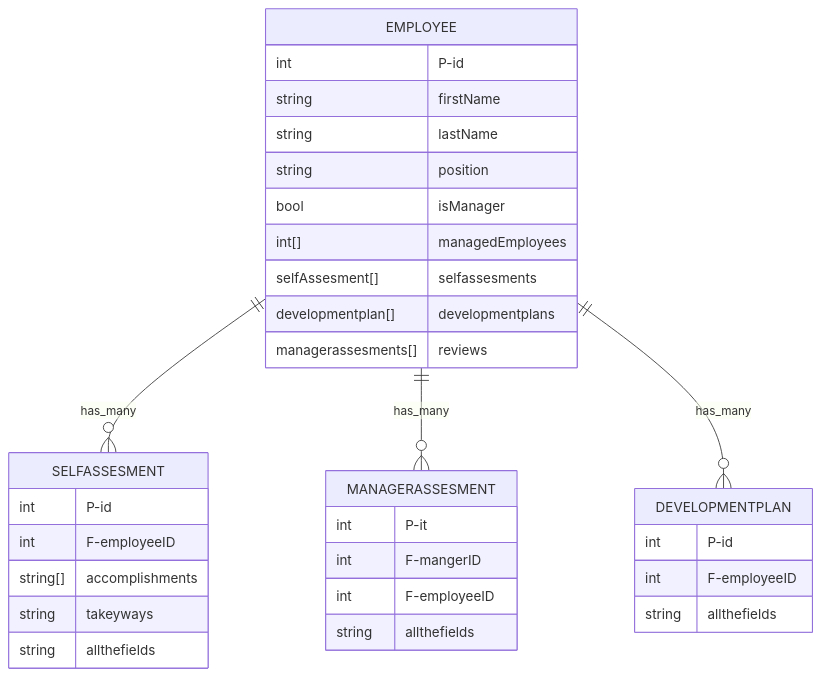
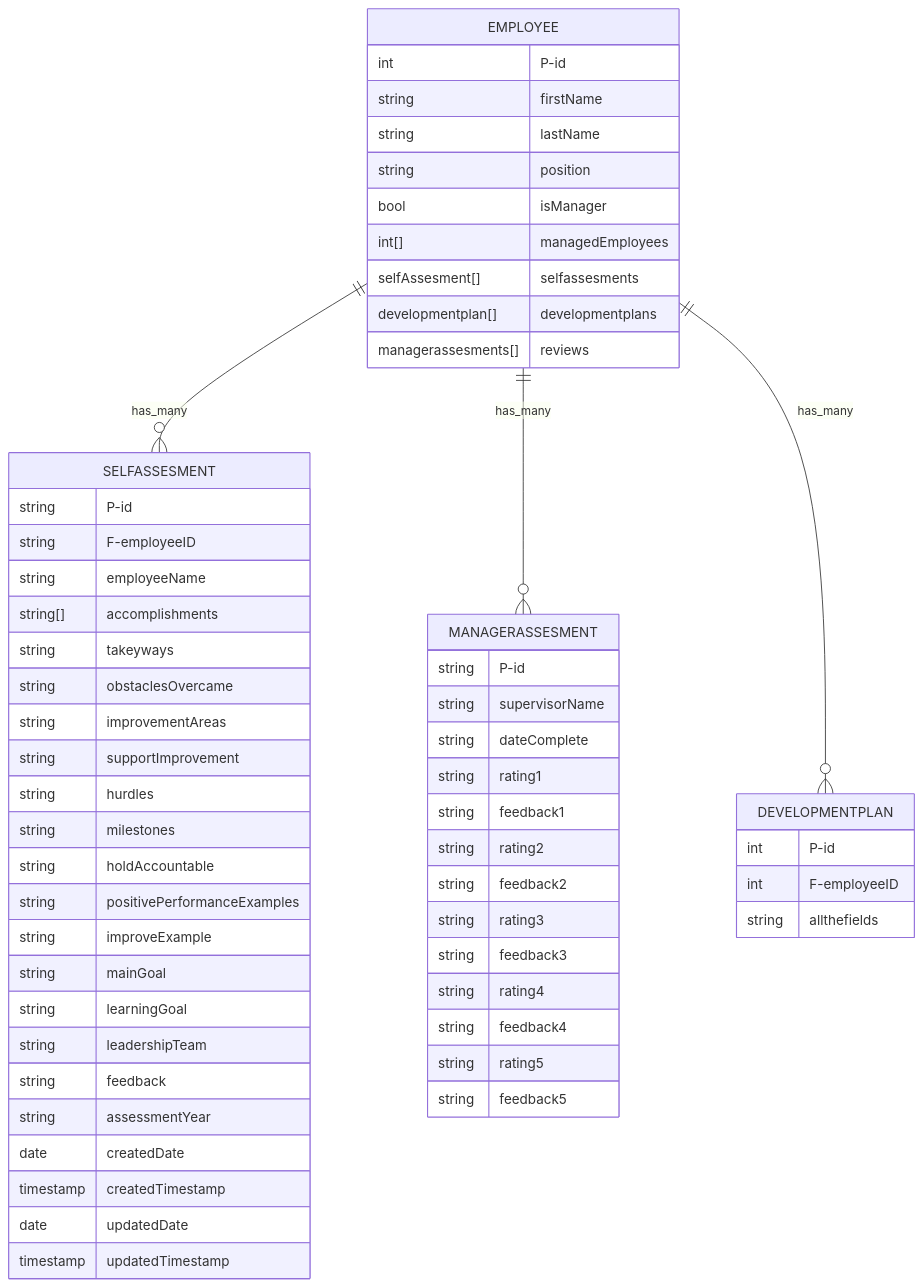
Before and after one commit to ucmo-cs/Team-Dreamcast_SP23: the diagram in README.md, drawn with Mermaid. The commit also changed other lines of this file and 3 other files, not shown here.

````diff
--- a/README.md
+++ b/README.md
@@ -6,38 +30,64 @@
 ```mermaid
 erDiagram
     EMPLOYEE ||--o{ SELFASSESMENT : has_many
     EMPLOYEE ||--o{ MANAGERASSESMENT : has_many
     EMPLOYEE ||--o{ DEVELOPMENTPLAN : has_many
     EMPLOYEE {
         int P-id
         string firstName
         string lastName
         string position
         bool isManager
         int[] managedEmployees
         selfAssesment[] selfassesments
         developmentplan[] developmentplans
         managerassesments[] reviews
     }
 
     SELFASSESMENT {
-        int P-id
-        int F-employeeID
+        string P-id
+        string F-employeeID
+        string employeeName
         string[] accomplishments
         string takeyways
-        string allthefields
+        string obstaclesOvercame
+        string improvementAreas
+        string supportImprovement
+        string hurdles
+        string milestones
+        string holdAccountable
+        string positivePerformanceExamples
+        string improveExample
+        string mainGoal
+        string learningGoal
+        string leadershipTeam
+        string feedback
+        string assessmentYear
+        date createdDate
+        timestamp createdTimestamp
+        date updatedDate
+        timestamp updatedTimestamp
     }
 
     DEVELOPMENTPLAN {
         int P-id
         int F-employeeID
         string allthefields
     }
 
     MANAGERASSESMENT {
-        int P-it
-        int F-mangerID
-        int F-employeeID
-        string allthefields
+        string P-id
+        string supervisorName
+        string dateComplete
+        string rating1
+        string feedback1
+        string rating2
+        string feedback2
+        string rating3
+        string feedback3
+        string rating4
+        string feedback4
+        string rating5
+        string feedback5
     }
 ```
````
